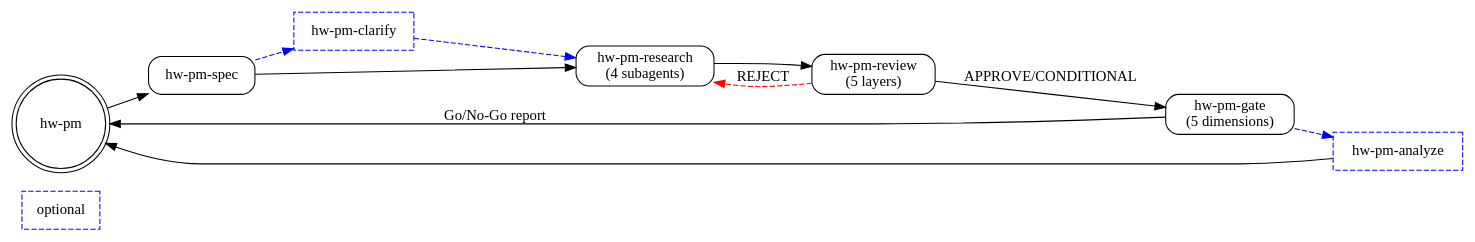
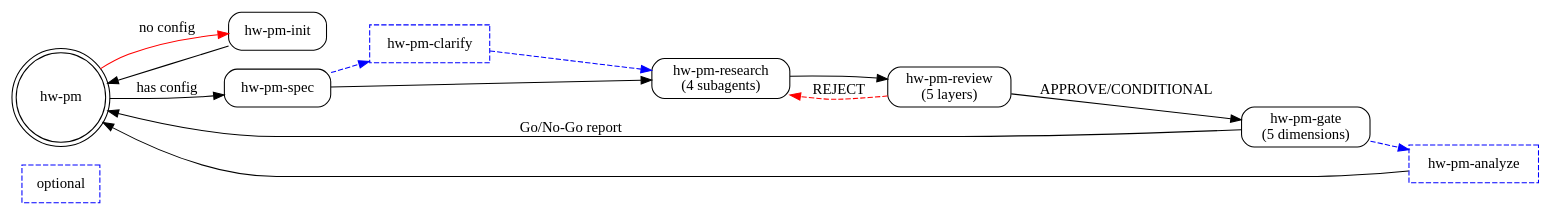
The diagram in README.md (visioner3d/hw-pm-skills), drawn with Graphviz before and after one commit. The commit also changed other lines of this file and 5 other files, not shown here.

````diff
--- a/README.md
+++ b/README.md
@@ -35,26 +38,29 @@
 ```dot
 digraph workflow {
     rankdir=LR;
     node [shape=box, style=rounded];
     optional [style=dashed, color=blue];
 
     entry [label="hw-pm", shape=doublecircle];
+    init [label="hw-pm-init"];
     spec [label="hw-pm-spec"];
     clarify [label="hw-pm-clarify", style=dashed, color=blue];
     research [label="hw-pm-research\n(4 subagents)"];
     review [label="hw-pm-review\n(5 layers)"];
     gate [label="hw-pm-gate\n(5 dimensions)"];
     analyze [label="hw-pm-analyze", style=dashed, color=blue];
 
-    entry -> spec;
+    entry -> init [label="no config", color=red];
+    entry -> spec [label="has config"];
+    init -> entry;
     spec -> clarify [style=dashed, color=blue];
     clarify -> research [style=dashed, color=blue];
     spec -> research;
     research -> review;
     review -> research [label="REJECT", color=red, style=dashed];
     review -> gate [label="APPROVE/CONDITIONAL"];
     gate -> analyze [style=dashed, color=blue];
     gate -> entry [label="Go/No-Go report"];
     analyze -> entry;
 }
 ```
````
